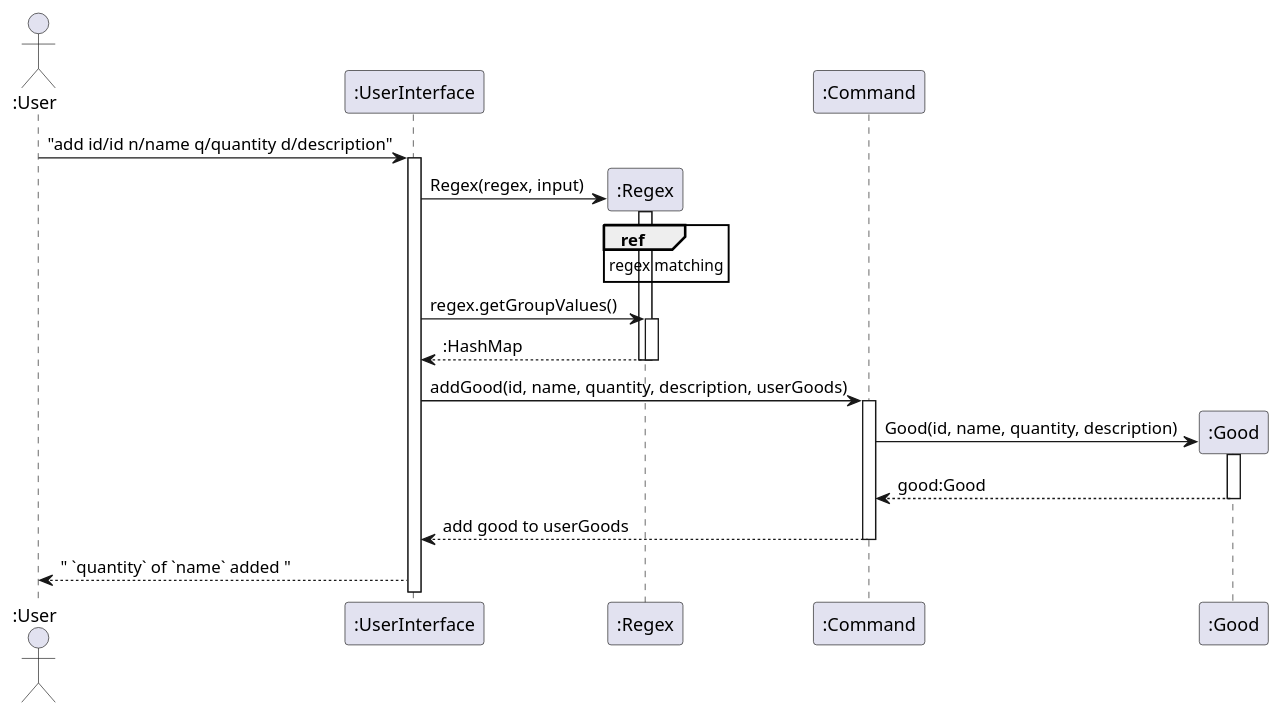
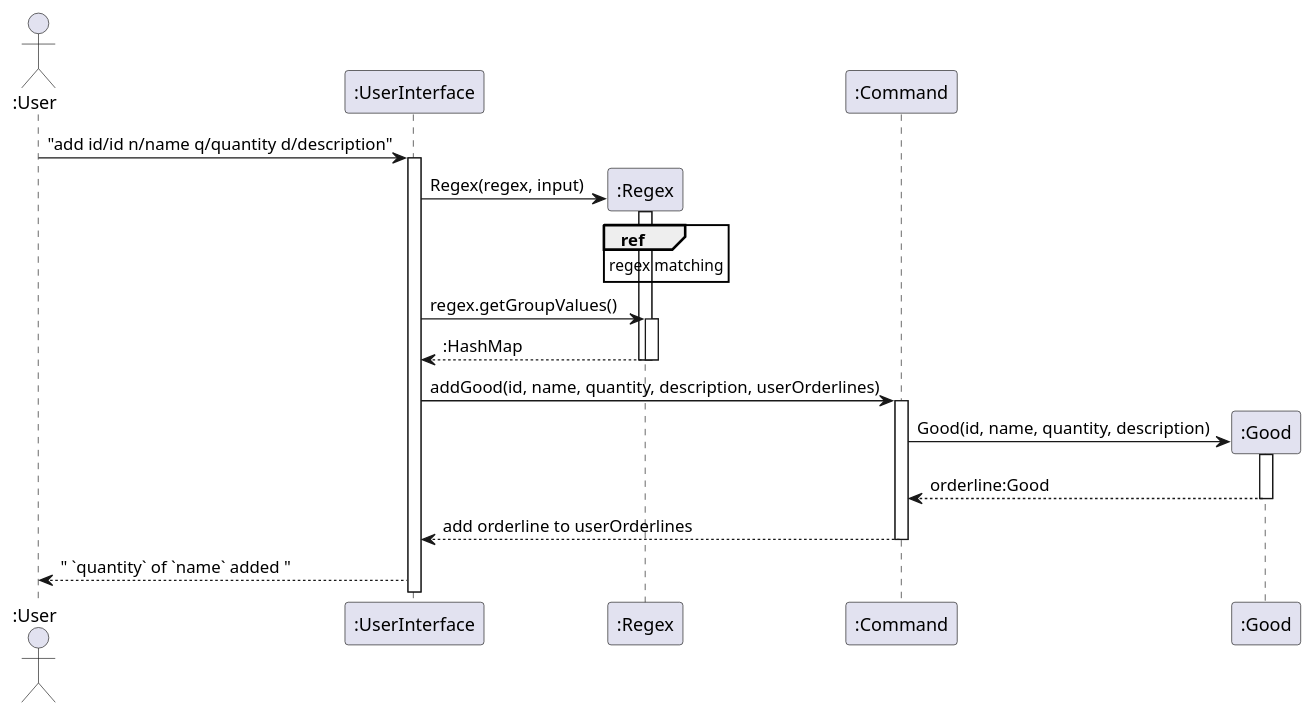
Before and after one commit to nus-cs2113-AY2122S2/tp: the diagram in docs/diagrams/addGood.puml, drawn with PlantUML. The commit also changed 22 other files, not shown here.

```diff
--- a/docs/diagrams/addGood.puml
+++ b/docs/diagrams/addGood.puml
@@ -1,24 +1,24 @@
 @startuml
 ' !include Style.puml  '
 
 Actor ":User" as user
 participant ":UserInterface" as ui
 participant ":Regex" as regex
 participant ":Command" as command
-participant ":Good" as good
+participant ":Good" as orderline
 
 user -> ui ++ : "add id/id n/name q/quantity d/description"
 create regex
 ui -> regex  ++: Regex(regex, input)
 ref over regex : regex matching
 ui -> regex ++ : regex.getGroupValues()
 regex --> ui -- : :HashMap
 deactivate regex
-ui -> command ++ : addGood(id, name, quantity, description, userGoods)
-create good
-command -> good ++ : Good(id, name, quantity, description)
-good --> command -- : good:Good
-command --> ui -- : add good to userGoods
+ui -> command ++ : addGood(id, name, quantity, description, userOrderlines)
+create orderline
+command -> orderline ++ : Good(id, name, quantity, description)
+orderline --> command -- : orderline:Good
+command --> ui -- : add orderline to userOrderlines
 ui --> user : " `quantity` of `name` added "
 
 @enduml
```
